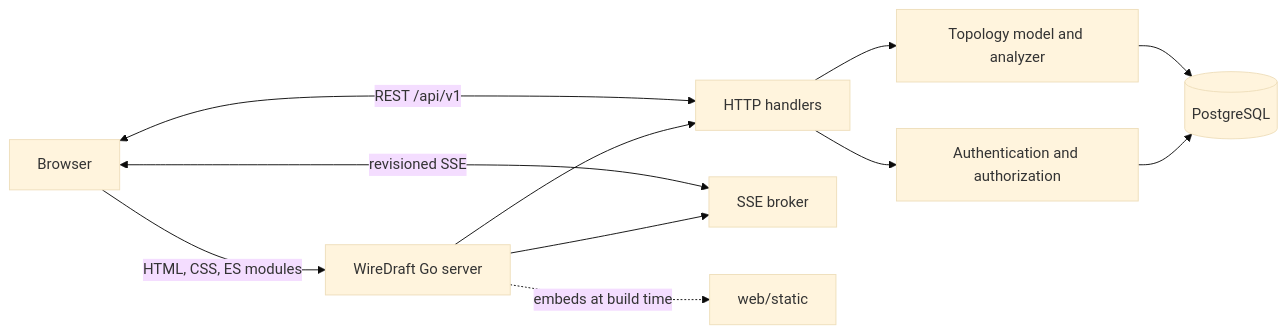
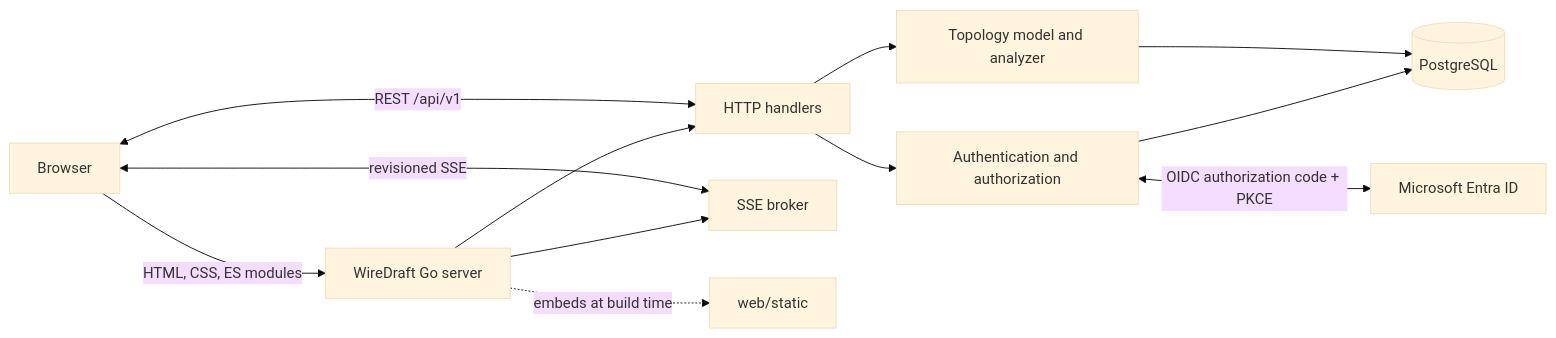
One commit to arumes31/wiredraft changed the first of 3 diagrams in README.md. Above: the diagram before and after it, drawn with Mermaid (base theme). The commit also changed other lines of this file and 29 other files, not shown here.

````diff
--- a/README.md
+++ b/README.md
@@ -152,13 +152,14 @@
 ```mermaid
 flowchart LR
     U[Browser] -->|HTML, CSS, ES modules| S[WireDraft Go server]
     U <-->|REST /api/v1| A[HTTP handlers]
     U <-->|revisioned SSE| E[SSE broker]
     S --> A
     S --> E
     A --> M[Topology model and analyzer]
     A --> X[Authentication and authorization]
     M --> P[(PostgreSQL)]
     X --> P
+    X <-->|OIDC authorization code + PKCE| I[Microsoft Entra ID]
     S -. embeds at build time .-> W[web/static]
 ```
````
